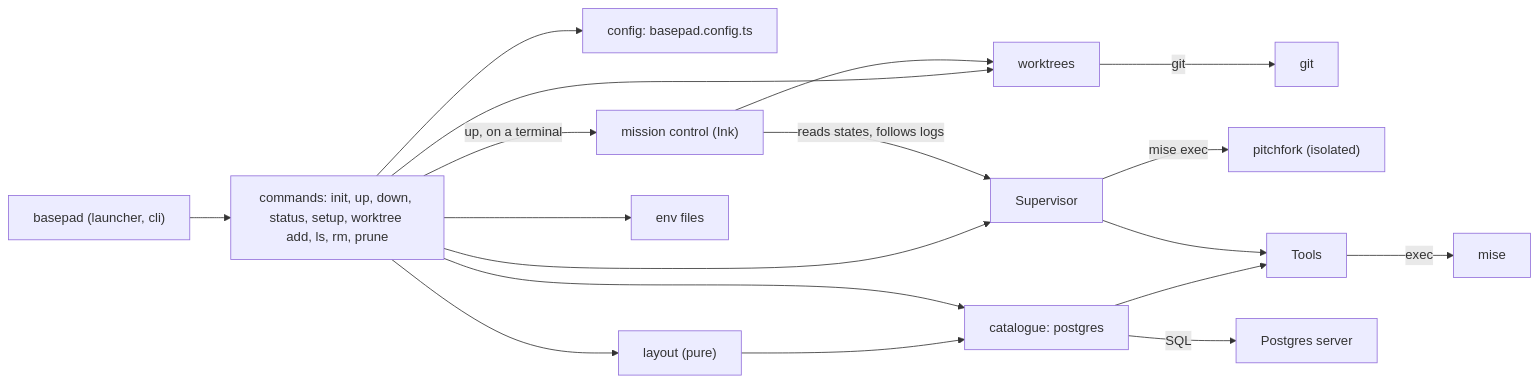
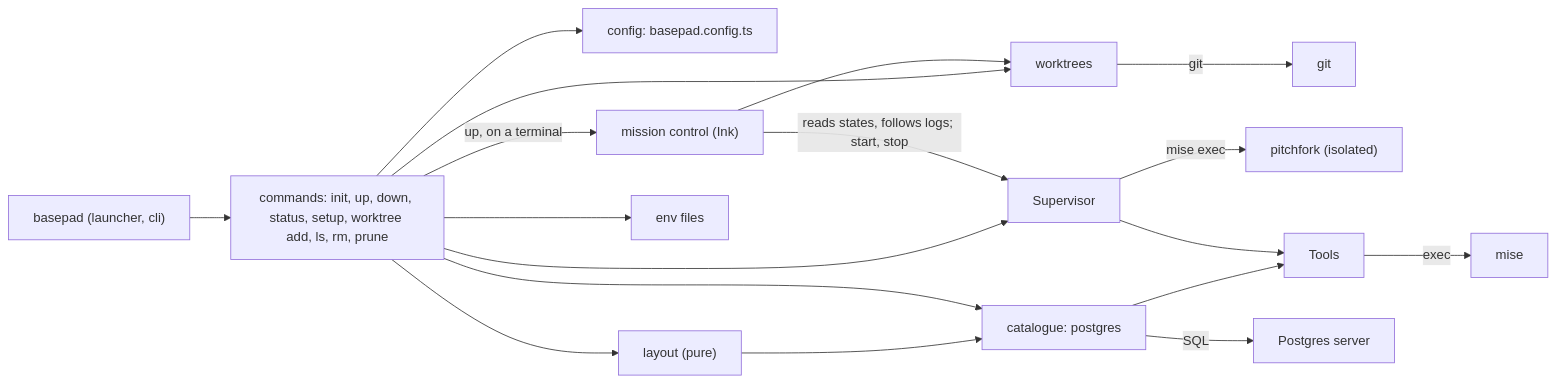
Before and after one commit to Aysnc-Labs/basepad: the diagram in docs/feature-map.md, drawn with Mermaid. The commit also changed other lines of this file and 3 other files, not shown here.

First line of the commit message:
Mission control: keys in the README and feature map; footer rows never cut (#22)

````diff
--- a/docs/feature-map.md
+++ b/docs/feature-map.md
@@ -12,20 +12,20 @@
 ```mermaid
 flowchart LR
   CLI["basepad (launcher, cli)"] --> Commands["commands: init, up, down, status, setup, worktree add, ls, rm, prune"]
   Commands --> Worktrees["worktrees"]
   Worktrees -- "git" --> Git["git"]
   Commands --> Config["config: basepad.config.ts"]
   Commands --> Layout["layout (pure)"]
   Layout --> Catalogue
   Commands --> Catalogue["catalogue: postgres"]
   Commands --> Supervisor
   Commands -- "up, on a terminal" --> MissionControl["mission control (Ink)"]
-  MissionControl -- "reads states, follows logs" --> Supervisor
+  MissionControl -- "reads states, follows logs; start, stop" --> Supervisor
   MissionControl --> Worktrees
   Commands --> EnvFiles["env files"]
   Supervisor -- "mise exec" --> Pitchfork["pitchfork (isolated)"]
   Catalogue --> Tools
   Supervisor --> Tools
   Tools -- "exec" --> Mise["mise"]
   Catalogue -- "SQL" --> Postgres["Postgres server"]
 ```
````
